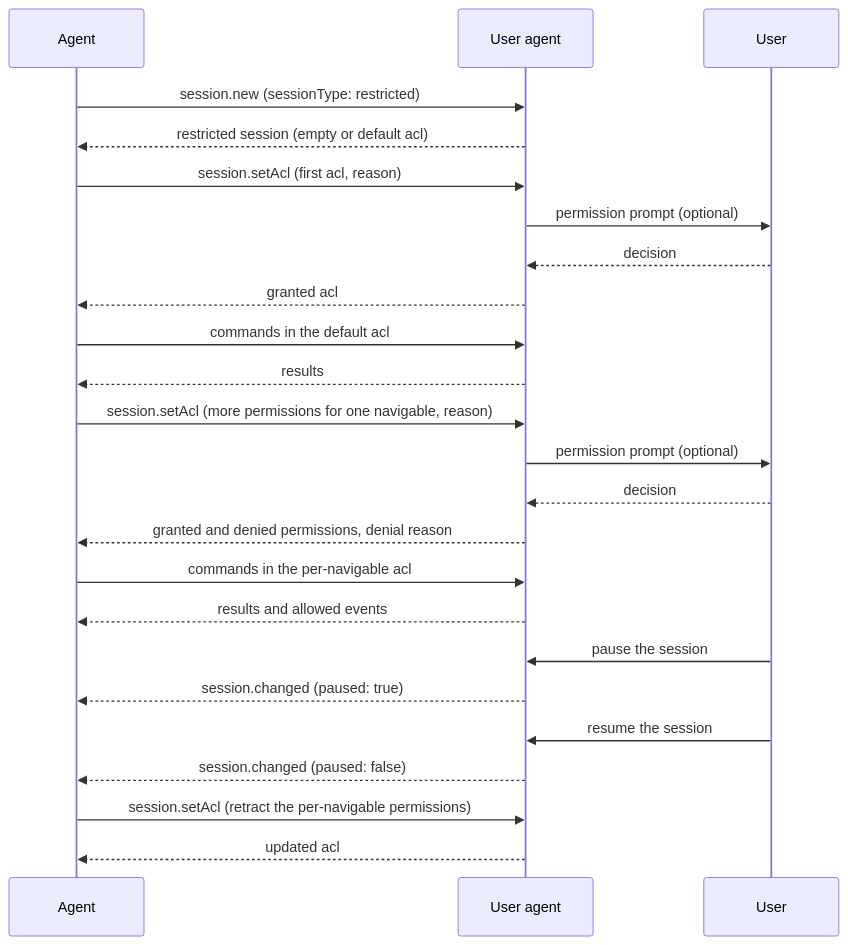
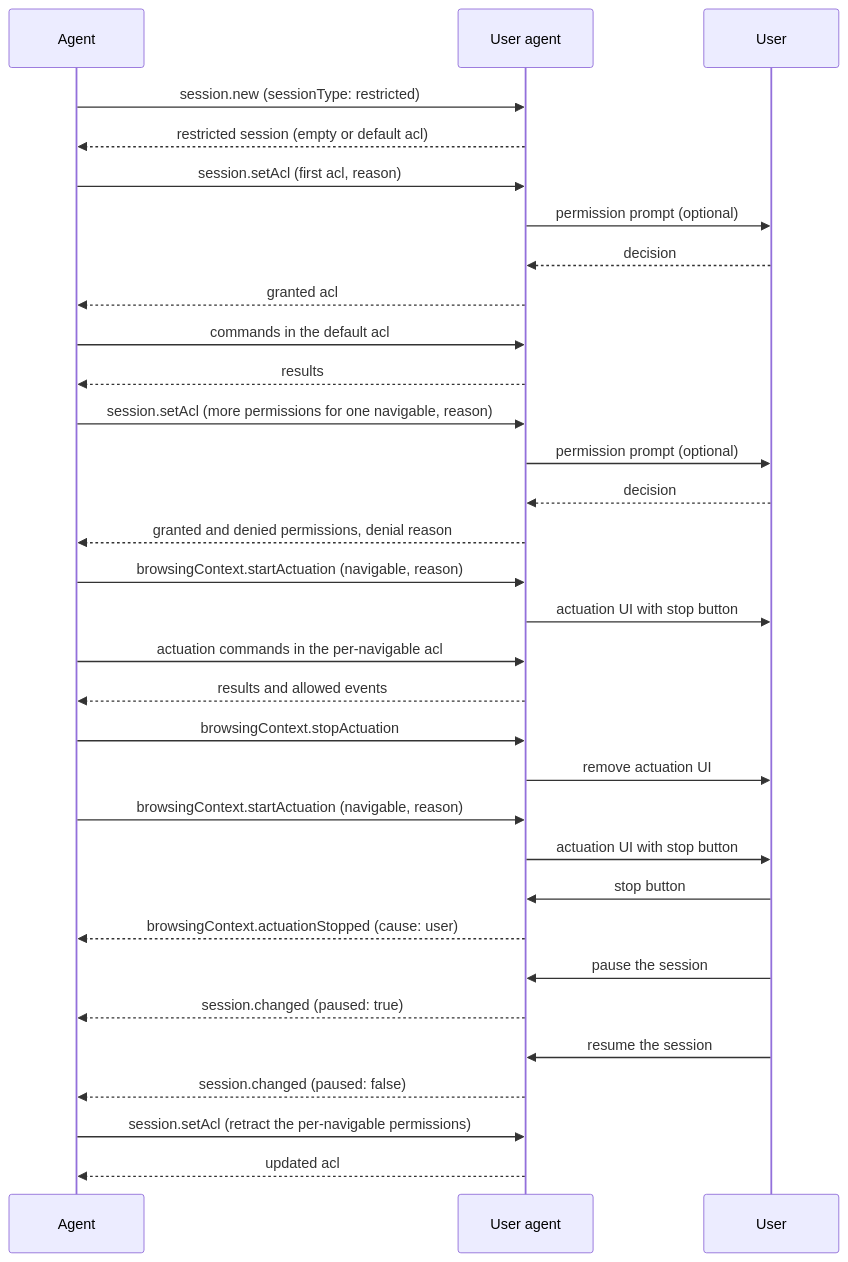
The diagram in README.md (WICG/agentic-webdriver-bidi), drawn with Mermaid before and after one commit. The commit also changed other lines of this file, not shown here.

First line of the commit message:
Add explicit actuation blocks with startActuation and stopActuation

````diff
--- a/README.md
+++ b/README.md
@@ -353,27 +507,35 @@
 ```mermaid
 sequenceDiagram
     participant Agent
     participant UA as User agent
     participant User
 
     Agent->>UA: session.new (sessionType: restricted)
     UA-->>Agent: restricted session (empty or default acl)
     Agent->>UA: session.setAcl (first acl, reason)
     UA->>User: permission prompt (optional)
     User-->>UA: decision
     UA-->>Agent: granted acl
     Agent->>UA: commands in the default acl
     UA-->>Agent: results
     Agent->>UA: session.setAcl (more permissions for one navigable, reason)
     UA->>User: permission prompt (optional)
     User-->>UA: decision
     UA-->>Agent: granted and denied permissions, denial reason
-    Agent->>UA: commands in the per-navigable acl
+    Agent->>UA: browsingContext.startActuation (navigable, reason)
+    UA->>User: actuation UI with stop button
+    Agent->>UA: actuation commands in the per-navigable acl
     UA-->>Agent: results and allowed events
+    Agent->>UA: browsingContext.stopActuation
+    UA->>User: remove actuation UI
+    Agent->>UA: browsingContext.startActuation (navigable, reason)
+    UA->>User: actuation UI with stop button
+    User->>UA: stop button
+    UA-->>Agent: browsingContext.actuationStopped (cause: user)
     User->>UA: pause the session
     UA-->>Agent: session.changed (paused: true)
     User->>UA: resume the session
     UA-->>Agent: session.changed (paused: false)
     Agent->>UA: session.setAcl (retract the per-navigable permissions)
     UA-->>Agent: updated acl
 ```
````
